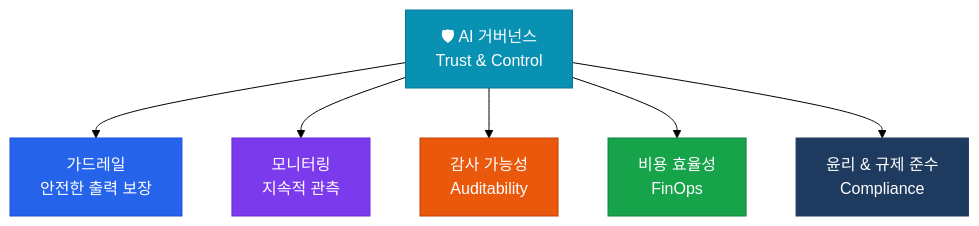
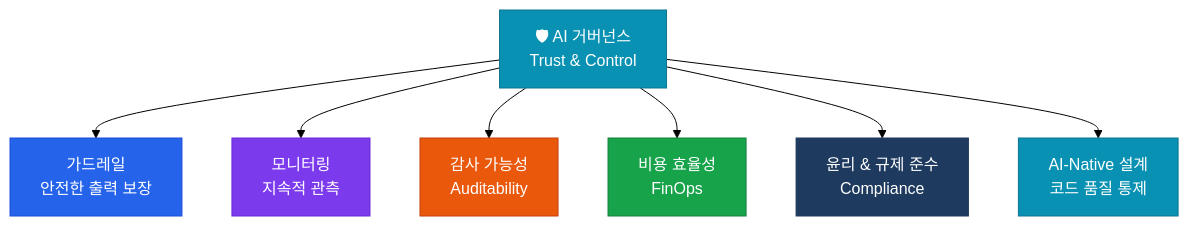
One commit to jeonck/ai-eng changed the diagram in docs/governance/intro.md. Above: the diagram before and after it, drawn with Mermaid (forest theme). The commit also changed other lines of this file and 5 other files, not shown here.

````diff
--- a/docs/governance/intro.md
+++ b/docs/governance/intro.md
@@ -14,15 +14,17 @@
 ```mermaid
 flowchart TD
     A["🛡 AI 거버넌스<br/>Trust & Control"] --> B["가드레일<br/>안전한 출력 보장"]
     A --> C["모니터링<br/>지속적 관측"]
     A --> D["감사 가능성<br/>Auditability"]
     A --> E["비용 효율성<br/>FinOps"]
     A --> F["윤리 & 규제 준수<br/>Compliance"]
+    A --> G["AI-Native 설계<br/>코드 품질 통제"]
 
     style A fill:#0891B2,stroke:#0E7490,color:#fff
     style B fill:#2563EB,stroke:#1D4ED8,color:#fff
     style C fill:#7C3AED,stroke:#6D28D9,color:#fff
     style D fill:#EA580C,stroke:#C2410C,color:#fff
     style E fill:#16A34A,stroke:#15803D,color:#fff
     style F fill:#1E3A5F,stroke:#1E3A5F,color:#fff
+    style G fill:#0891B2,stroke:#0E7490,color:#fff
 ```
````
